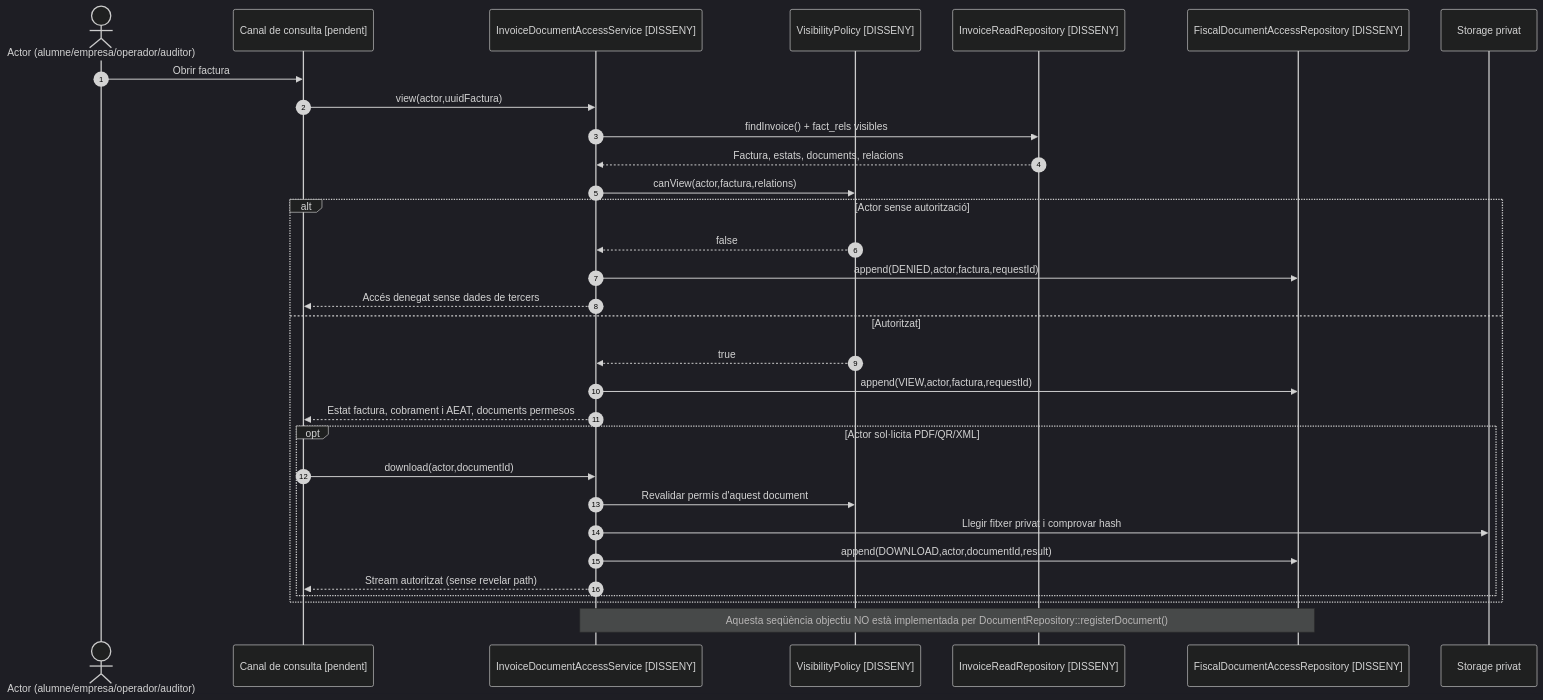
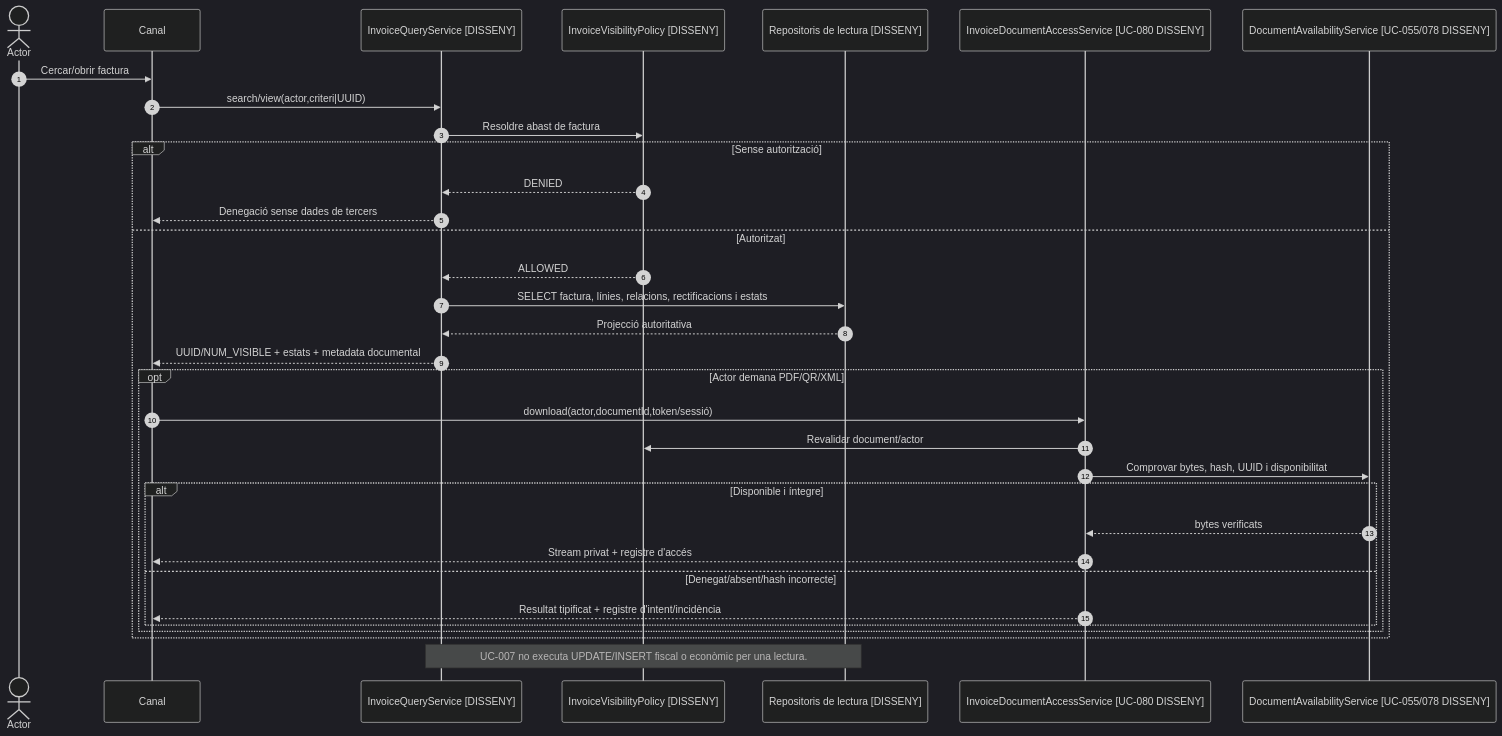
One commit to orgmeriemprismacat-del/verifactu changed the fourth of 4 diagrams in documentacio/07-uml-integrat/uc-007-consultar-factura-estat-document.md. Above: the diagram before and after it, drawn with Mermaid (dark theme). The commit also changed other lines of this file, not shown here.

Commit message:
docs(uc-007): separar consulta de factura i accés documental

````diff
--- a/documentacio/07-uml-integrat/uc-007-consultar-factura-estat-document.md
+++ b/documentacio/07-uml-integrat/uc-007-consultar-factura-estat-document.md
@@ -152,33 +174,35 @@
-```mermaid
+~~~mermaid
 sequenceDiagram
 autonumber
-actor A as Actor (alumne/empresa/operador/auditor)
-participant UI as Canal de consulta [pendent]
-participant S as InvoiceDocumentAccessService [DISSENY]
-participant Auth as VisibilityPolicy [DISSENY]
-participant R as InvoiceReadRepository [DISSENY]
-participant Log as FiscalDocumentAccessRepository [DISSENY]
-participant Store as Storage privat
-A->>UI: Obrir factura
-UI->>S: view(actor,uuidFactura)
-S->>R: findInvoice() + fact_rels visibles
-R-->>S: Factura, estats, documents, relacions
-S->>Auth: canView(actor,factura,relations)
-alt Actor sense autorització
- Auth-->>S: false
- S->>Log: append(DENIED,actor,factura,requestId)
- S-->>UI: Accés denegat sense dades de tercers
+actor A as Actor
+participant UI as Canal
+participant Q as InvoiceQueryService [DISSENY]
+participant Auth as InvoiceVisibilityPolicy [DISSENY]
+participant R as Repositoris de lectura [DISSENY]
+participant Doc as InvoiceDocumentAccessService [UC-080 DISSENY]
+participant Av as DocumentAvailabilityService [UC-055/078 DISSENY]
+A->>UI: Cercar/obrir factura
+UI->>Q: search/view(actor,criteri|UUID)
+Q->>Auth: Resoldre abast de factura
+alt Sense autorització
+  Auth-->>Q: DENIED
+  Q-->>UI: Denegació sense dades de tercers
 else Autoritzat
- Auth-->>S: true
- S->>Log: append(VIEW,actor,factura,requestId)
- S-->>UI: Estat factura, cobrament i AEAT, documents permesos
- opt Actor sol·licita PDF/QR/XML
-  UI->>S: download(actor,documentId)
-  S->>Auth: Revalidar permís d'aquest document
-  S->>Store: Llegir fitxer privat i comprovar hash
-  S->>Log: append(DOWNLOAD,actor,documentId,result)
-  S-->>UI: Stream autoritzat (sense revelar path)
- end
+  Auth-->>Q: ALLOWED
+  Q->>R: SELECT factura, línies, relacions, rectificacions i estats
+  R-->>Q: Projecció autoritativa
+  Q-->>UI: UUID/NUM_VISIBLE + estats + metadata documental
+  opt Actor demana PDF/QR/XML
+    UI->>Doc: download(actor,documentId,token/sessió)
+    Doc->>Auth: Revalidar document/actor
+    Doc->>Av: Comprovar bytes, hash, UUID i disponibilitat
+    alt Disponible i íntegre
+      Av-->>Doc: bytes verificats
+      Doc-->>UI: Stream privat + registre d'accés
+    else Denegat/absent/hash incorrecte
+      Doc-->>UI: Resultat tipificat + registre d'intent/incidència
+    end
+  end
 end
-Note over S,Log: Aquesta seqüència objectiu NO està implementada per DocumentRepository::registerDocument()
-```
+Note over Q,R: UC-007 no executa UPDATE/INSERT fiscal o econòmic per una lectura.
+~~~
````
